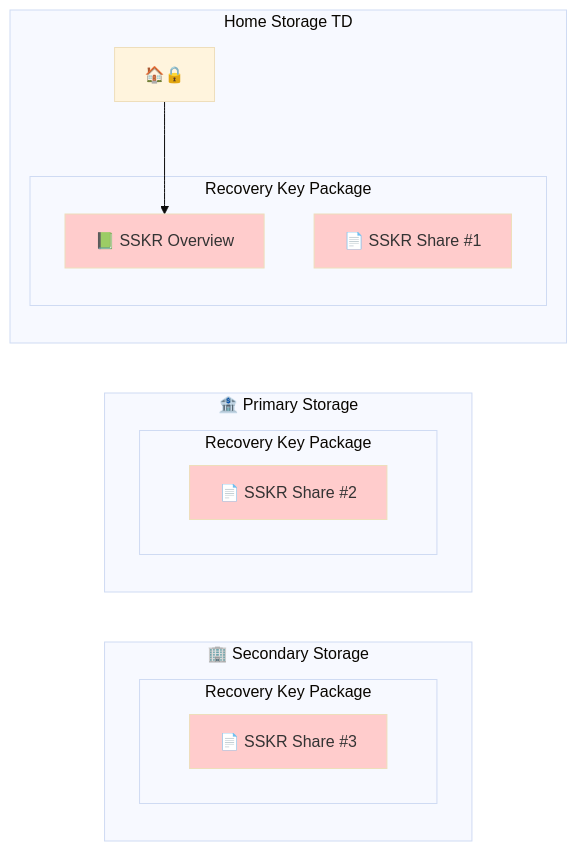
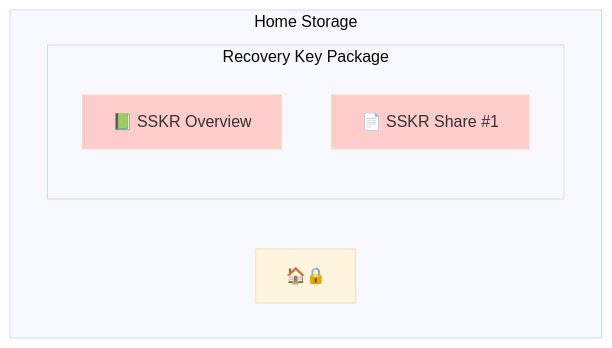
Before and after one commit to BlockchainCommons/SmartCustody: diagram 15 of 26 in Docs/Scenario-Multisig.md, drawn with Mermaid (base theme).

````diff
--- a/Docs/Scenario-Multisig.md
+++ b/Docs/Scenario-Multisig.md
@@ -556,27 +556,12 @@
     ```mermaid
-    graph LR;
-    classDef subgraph_padding fill:none,stroke:none
-    subgraph secondary ["🏢 Secondary Storage"]
+    graph TD
+    subgraph "Home Storage"
+      AMeta["🏠🔒"]
       subgraph "Recovery Key Package"
-      D["📄 SSKR Share #3"]
-      end
-    end
-    subgraph "🏦 Primary Storage"
-      subgraph "Recovery Key Package"
-      C["📄 SSKR Share #2"]
-      end
-    end
-    subgraph "Home Storage" TD
-      AMeta["🏠🔒"]
-      subgraph homerecovery["Recovery Key Package"]
       A["📗 SSKR Overview"]
       B["📄 SSKR Share #1"]
       end
-    AMeta-->A
     end
-    
     style A fill:#ffcccc;
     style B fill:#ffcccc;
-    style C fill:#ffcccc;
-    style D fill:#ffcccc;
     ```
````
